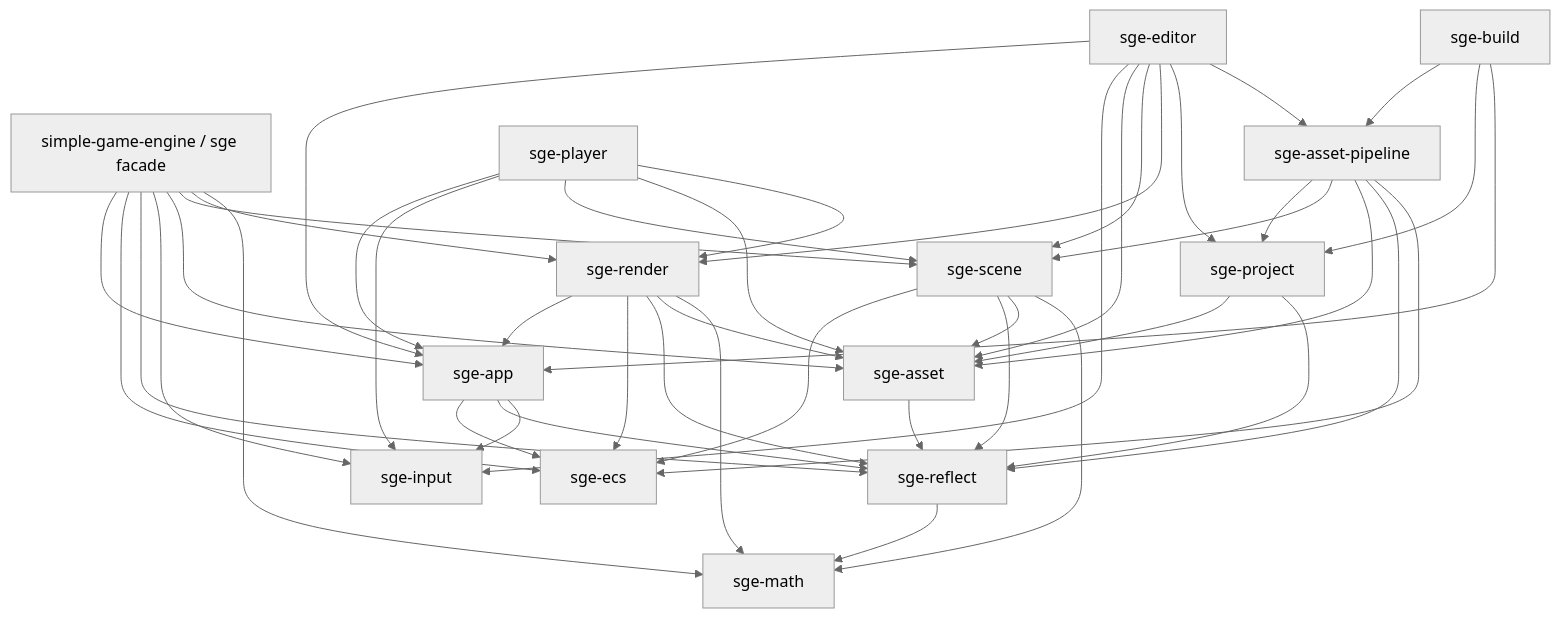
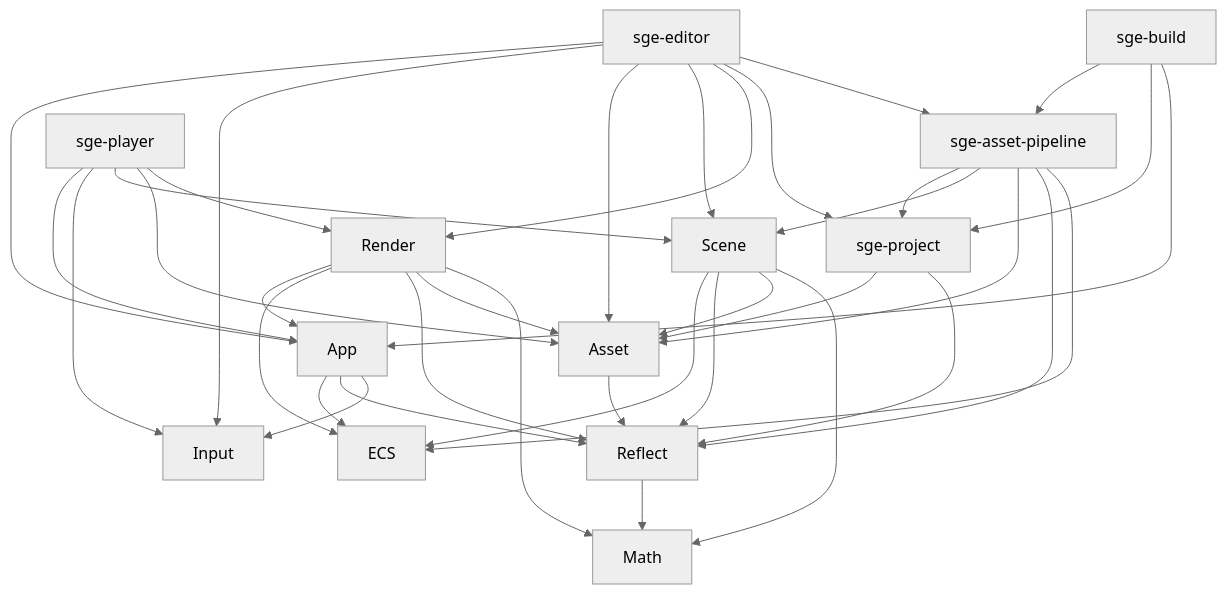
Before and after one commit to MRNIU/SimpleGameEngine: the second of 3 diagrams in docs/superpowers/specs/2026-07-11-rust-engine-target-architecture-design.md, drawn with Mermaid (neutral theme). The commit also changed other lines of this file and 4 other files, not shown here.

First line of the commit message:
refactor(architecture): 完成 M7 Integration Demo

````diff
--- a/docs/superpowers/specs/2026-07-11-rust-engine-target-architecture-design.md
+++ b/docs/superpowers/specs/2026-07-11-rust-engine-target-architecture-design.md
@@ -167,56 +174,47 @@
 ```mermaid
 flowchart TD
-  Facade["simple-game-engine / sge facade"] --> App["sge-app"]
-  Facade --> ECS["sge-ecs"]
-  Facade --> Reflect["sge-reflect"]
-  Facade --> Input["sge-input"]
-  Facade --> Asset["sge-asset"]
-  Facade --> Scene["sge-scene"]
-  Facade --> Render["sge-render"]
-  Facade --> Math["sge-math"]
-
   App --> ECS
   App --> Reflect
   App --> Input
 
   Reflect --> Math
 
   Asset --> Reflect
   Scene --> ECS
   Scene --> Reflect
   Scene --> Asset
   Scene --> Math
 
   Project["sge-project"] --> Asset
   Project --> Reflect
 
   Render --> App
   Render --> ECS
   Render --> Reflect
   Render --> Asset
   Render --> Math
 
   Editor["sge-editor"] --> App
   Editor --> Input
   Editor --> Asset
   Editor --> Scene
   Editor --> Render
   Editor --> Project
   Editor --> Pipeline["sge-asset-pipeline"]
 
   Player["sge-player"] --> App
   Player --> Input
   Player --> Scene
   Player --> Asset
   Player --> Render
 
   Pipeline --> Project
   Pipeline --> Scene
   Pipeline --> Asset
   Pipeline --> Reflect
   Pipeline --> ECS
 
   Build["sge-build"] --> Pipeline
   Build --> Project
   Build --> App
 ```
````
